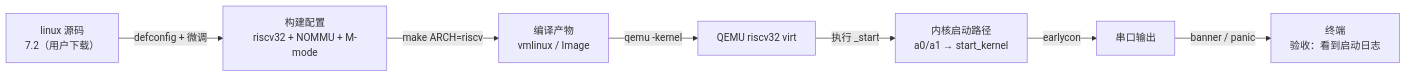
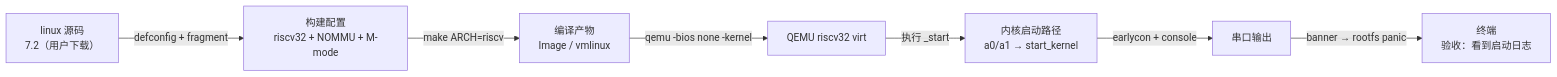
The diagram in notes/学习记录/S2 · QEMU 跑真内核.md (IotaHydrae/rp2350-linux), drawn with Mermaid before and after one commit. The commit also changed other lines of this file and 1 other file, not shown here.

````diff
--- a/notes/学习记录/S2 · QEMU 跑真内核.md
+++ b/notes/学习记录/S2 · QEMU 跑真内核.md
@@ -7,9 +5,9 @@
 ```mermaid
 flowchart LR
-    A["linux 源码<br/>7.2（用户下载）"] -->|defconfig + 微调| B["构建配置<br/>riscv32 + NOMMU + M-mode"]
-    B -->|make ARCH=riscv| C["编译产物<br/>vmlinux / Image"]
-    C -->|qemu -kernel| D["QEMU riscv32 virt"]
+    A["linux 源码<br/>7.2（用户下载）"] -->|defconfig + fragment| B["构建配置<br/>riscv32 + NOMMU + M-mode"]
+    B -->|make ARCH=riscv| C["编译产物<br/>Image / vmlinux"]
+    C -->|qemu -bios none -kernel| D["QEMU riscv32 virt"]
     D -->|执行 _start| E["内核启动路径<br/>a0/a1 → start_kernel"]
-    E -->|earlycon| F["串口输出"]
-    F -->|banner / panic| G["终端<br/>验收：看到启动日志"]
+    E -->|earlycon + console| F["串口输出"]
+    F -->|banner → rootfs panic| G["终端<br/>验收：看到启动日志"]
 ```
````
